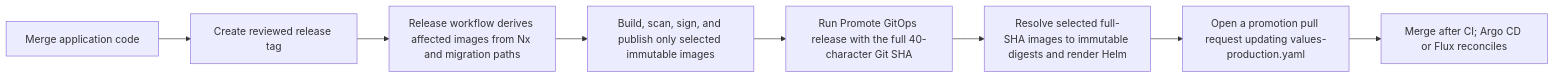
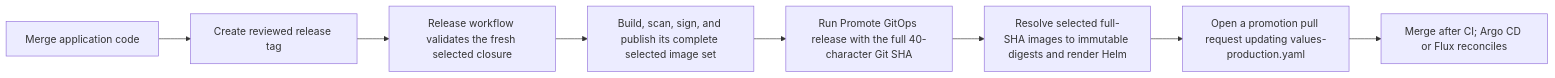
The diagram in GITOPS.md (nmime/nest-react-boilerplate), drawn with Mermaid before and after one commit. The commit also changed other lines of this file and 584 other files, not shown here.

````diff
--- a/GITOPS.md
+++ b/GITOPS.md
@@ -32,10 +32,10 @@
 ```mermaid
 flowchart LR
   merge[Merge application code] --> tag[Create reviewed release tag]
-  tag --> plan[Release workflow derives affected images from Nx and migration paths]
-  plan --> images[Build, scan, sign, and publish only selected immutable images]
+  tag --> plan[Release workflow validates the fresh selected closure]
+  plan --> images[Build, scan, sign, and publish its complete selected image set]
   images --> promote[Run Promote GitOps release with the full 40-character Git SHA]
   promote --> verify[Resolve selected full-SHA images to immutable digests and render Helm]
   verify --> pr[Open a promotion pull request updating values-production.yaml]
   pr --> reconcile[Merge after CI; Argo CD or Flux reconciles]
 ```
````
